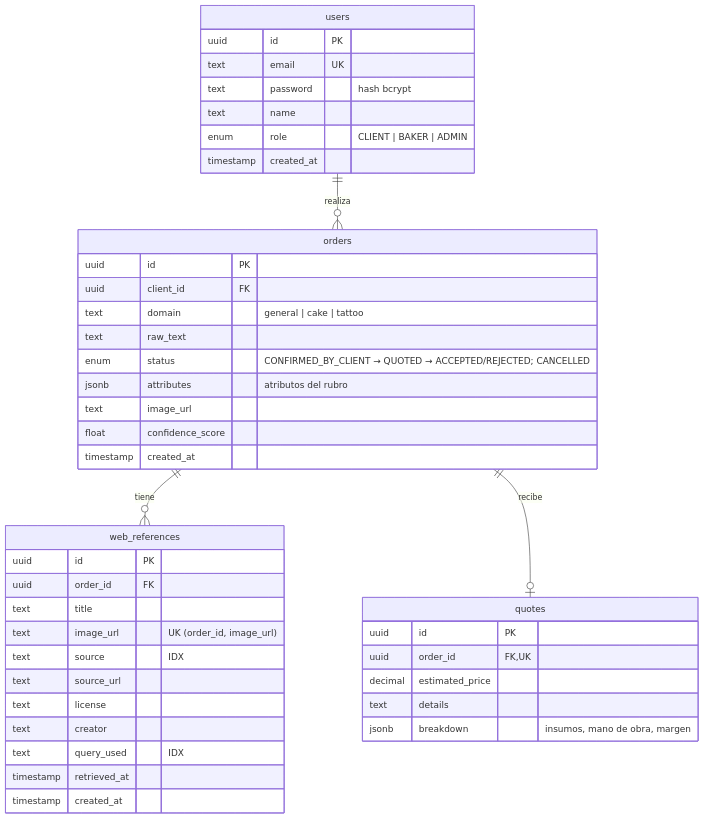
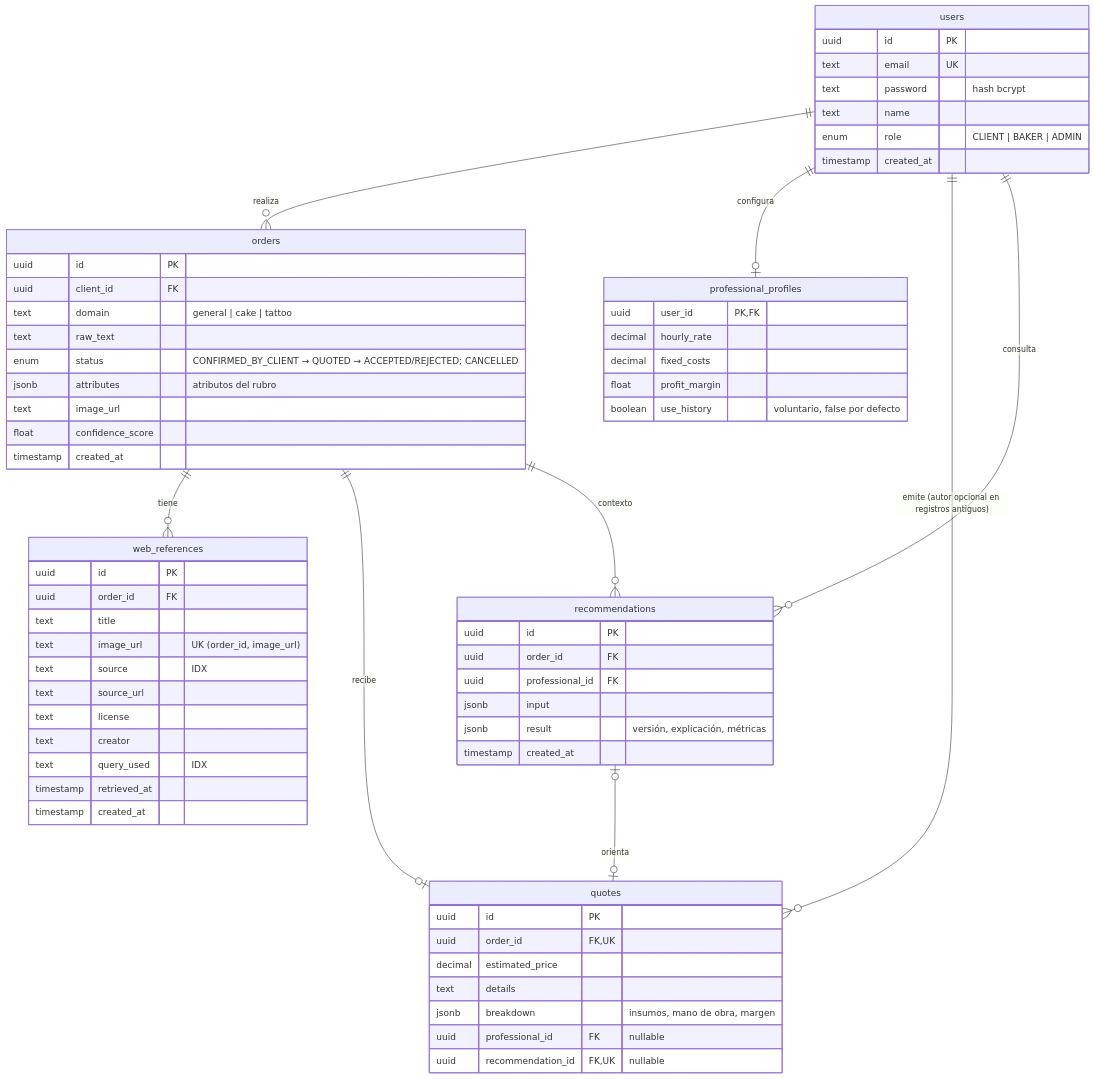
One commit to inddigo/ProyectoIngWeb changed the fourth of 6 diagrams in docs/arquitectura.md. Above: the diagram before and after it, drawn with Mermaid. The commit also changed other lines of this file and 76 other files, not shown here.

````diff
--- a/docs/arquitectura.md
+++ b/docs/arquitectura.md
@@ -95,46 +105,68 @@
 ```mermaid
 erDiagram
     users ||--o{ orders : "realiza"
     orders ||--o{ web_references : "tiene"
     orders ||--o| quotes : "recibe"
+    users ||--o| professional_profiles : "configura"
+    users ||--o{ quotes : "emite (autor opcional en registros antiguos)"
+    users ||--o{ recommendations : "consulta"
+    orders ||--o{ recommendations : "contexto"
+    recommendations o|--o| quotes : "orienta"
 
     users {
         uuid id PK
         text email UK
         text password "hash bcrypt"
         text name
         enum role "CLIENT | BAKER | ADMIN"
         timestamp created_at
     }
     orders {
         uuid id PK
         uuid client_id FK
         text domain "general | cake | tattoo"
         text raw_text
         enum status "CONFIRMED_BY_CLIENT → QUOTED → ACCEPTED/REJECTED; CANCELLED"
         jsonb attributes "atributos del rubro"
         text image_url
         float confidence_score
         timestamp created_at
     }
     web_references {
         uuid id PK
         uuid order_id FK
         text title
         text image_url "UK (order_id, image_url)"
         text source "IDX"
         text source_url
         text license
         text creator
         text query_used "IDX"
         timestamp retrieved_at
         timestamp created_at
     }
     quotes {
         uuid id PK
         uuid order_id FK,UK
         decimal estimated_price
         text details
         jsonb breakdown "insumos, mano de obra, margen"
+        uuid professional_id FK "nullable"
+        uuid recommendation_id FK,UK "nullable"
+    }
+    professional_profiles {
+        uuid user_id PK,FK
+        decimal hourly_rate
+        decimal fixed_costs
+        float profit_margin
+        boolean use_history "voluntario, false por defecto"
+    }
+    recommendations {
+        uuid id PK
+        uuid order_id FK
+        uuid professional_id FK
+        jsonb input
+        jsonb result "versión, explicación, métricas"
+        timestamp created_at
     }
 ```
````
